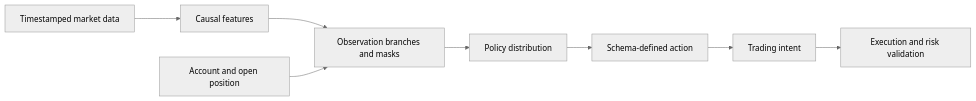
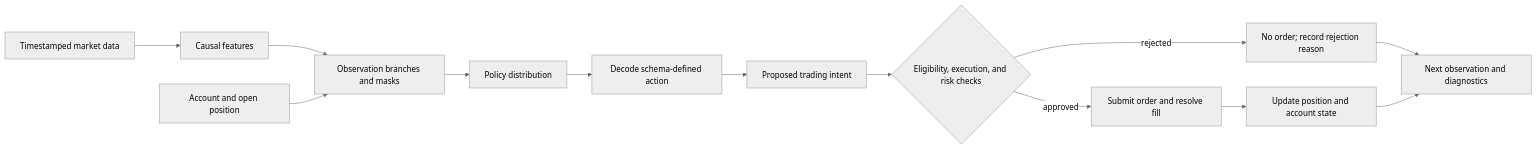
The diagram in docs/concepts/observations_and_actions.md (nntk072/Quantitative-RL-Trading-System), drawn with Mermaid (neutral theme) before and after one commit. The commit also changed other lines of this file and 65 other files, not shown here.

````diff
--- a/docs/concepts/observations_and_actions.md
+++ b/docs/concepts/observations_and_actions.md
@@ -12,10 +20,15 @@
 ```mermaid
 flowchart LR
     D[Timestamped market data] --> F[Causal features]
     F --> O[Observation branches and masks]
     A[Account and open position] --> O
     O --> P[Policy distribution]
-    P --> S[Schema-defined action]
-    S --> I[Trading intent]
-    I --> V[Execution and risk validation]
+    P --> S[Decode schema-defined action]
+    S --> I[Proposed trading intent]
+    I --> V{Eligibility, execution, and risk checks}
+    V -->|rejected| R[No order; record rejection reason]
+    V -->|approved| X[Submit order and resolve fill]
+    R --> N[Next observation and diagnostics]
+    X --> U[Update position and account state]
+    U --> N
 ```
````
